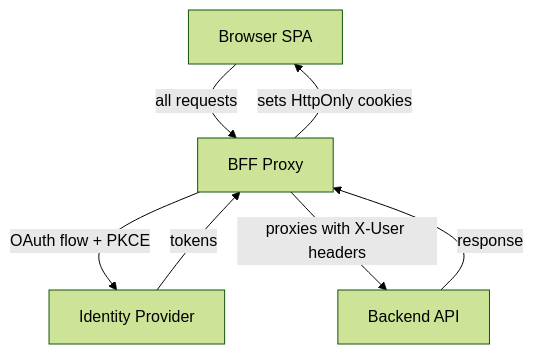
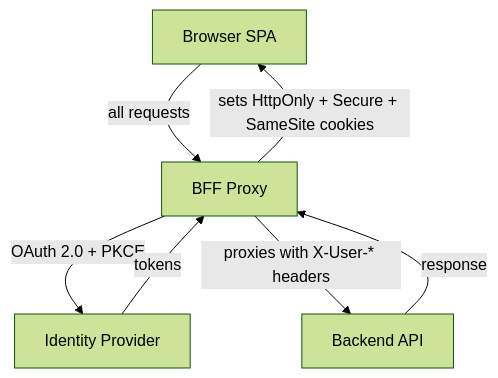
One commit to tkachenko0/article-the-browser-that-knew-too-much changed the fifth of 6 diagrams in README.md. Above: the diagram before and after it, drawn with Mermaid (forest theme). The commit also changed other lines of this file, not shown here.

````diff
--- a/README.md
+++ b/README.md
@@ -309,9 +270,9 @@
 ```mermaid
 flowchart TD
     B[Browser SPA] -->|all requests| BFF[BFF Proxy]
-    BFF -->|OAuth flow + PKCE| IDP[Identity Provider]
-    BFF -->|proxies with X-User headers| API[Backend API]
-    BFF -->|sets HttpOnly cookies| B
+    BFF -->|OAuth 2.0 + PKCE| IDP[Identity Provider]
+    BFF -->|proxies with X-User-* headers| API[Backend API]
+    BFF -->|sets HttpOnly + Secure + SameSite cookies| B
     IDP -->|tokens| BFF
     API -->|response| BFF
 ```
````
